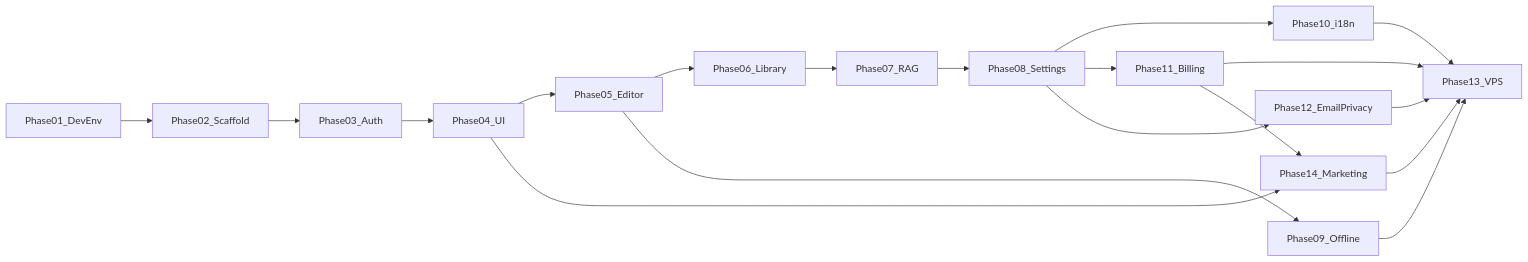
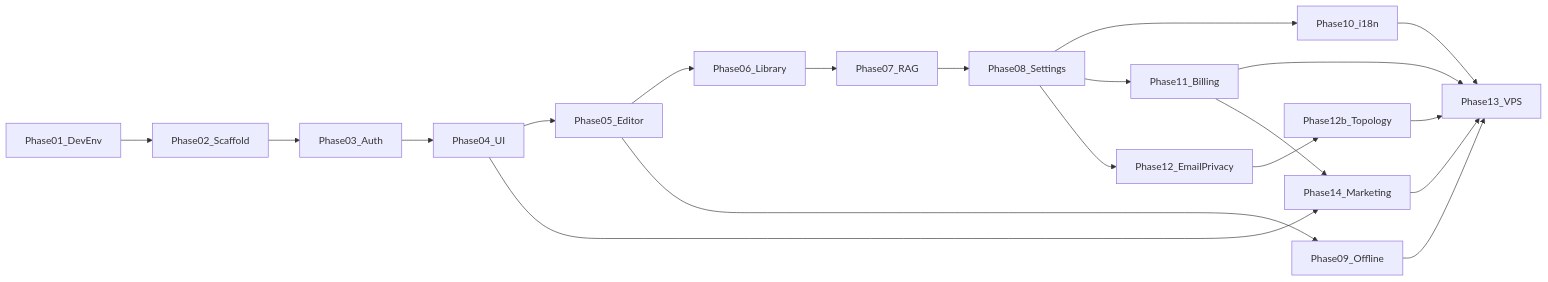
The diagram in implementation_plan/00-README.md (kallekormann/rhodes), drawn with Mermaid before and after one commit. The commit also changed other lines of this file and 20 other files, not shown here.

````diff
--- a/implementation_plan/00-README.md
+++ b/implementation_plan/00-README.md
@@ -81,21 +83,22 @@
 ```mermaid
 flowchart LR
   P01[Phase01_DevEnv] --> P02[Phase02_Scaffold]
   P02 --> P03[Phase03_Auth]
   P03 --> P04[Phase04_UI]
   P04 --> P05[Phase05_Editor]
   P05 --> P06[Phase06_Library]
   P06 --> P07[Phase07_RAG]
   P07 --> P08[Phase08_Settings]
   P05 --> P09[Phase09_Offline]
   P08 --> P10[Phase10_i18n]
   P08 --> P11[Phase11_Billing]
   P08 --> P12[Phase12_EmailPrivacy]
-  P11 --> P13[Phase13_VPS]
-  P12 --> P13
+  P12 --> P12b[Phase12b_Topology]
+  P12b --> P13[Phase13_VPS]
+  P11 --> P13
   P10 --> P13
   P09 --> P13
   P04 --> P14[Phase14_Marketing]
   P11 --> P14
   P14 --> P13
 ```
````
